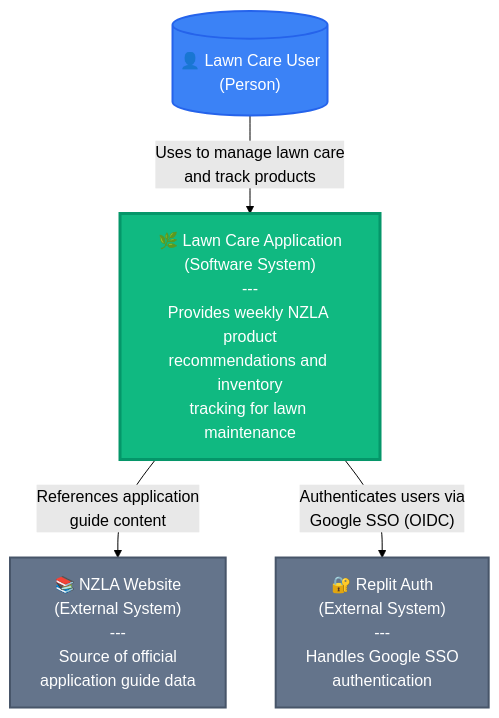
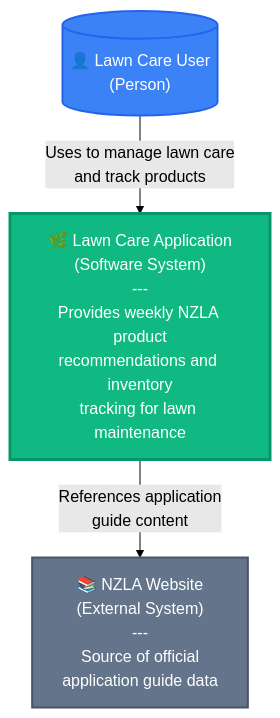
One commit to elliotchisholm/lawn-care-assistant changed the first of 7 diagrams in docs/C4-architecture-diagrams.md. Above: the diagram before and after it, drawn with Mermaid (forest theme). The commit also changed other lines of this file and 17 other files, not shown here.

````diff
--- a/docs/C4-architecture-diagrams.md
+++ b/docs/C4-architecture-diagrams.md
@@ -5,16 +5,12 @@
 ```mermaid
 graph TB
     User[("👤 Lawn Care User<br/>(Person)")]
     LawnApp["🌿 Lawn Care Application<br/>(Software System)<br/>---<br/>Provides weekly NZLA product<br/>recommendations and inventory<br/>tracking for lawn maintenance"]
     NZLA["📚 NZLA Website<br/>(External System)<br/>---<br/>Source of official<br/>application guide data"]
-    ReplitAuth["🔐 Replit Auth<br/>(External System)<br/>---<br/>Handles Google SSO<br/>authentication"]
-    
-    User -->|"Uses to manage lawn care<br/>and track products"| LawnApp
+        User -->|"Uses to manage lawn care<br/>and track products"| LawnApp
     LawnApp -->|"References application<br/>guide content"| NZLA
-    LawnApp -->|"Authenticates users via<br/>Google SSO (OIDC)"| ReplitAuth
     
     style LawnApp fill:#10b981,stroke:#059669,stroke-width:3px,color:#fff
     style User fill:#3b82f6,stroke:#2563eb,stroke-width:2px,color:#fff
     style NZLA fill:#64748b,stroke:#475569,stroke-width:2px,color:#fff
-    style ReplitAuth fill:#64748b,stroke:#475569,stroke-width:2px,color:#fff
 ```
````
